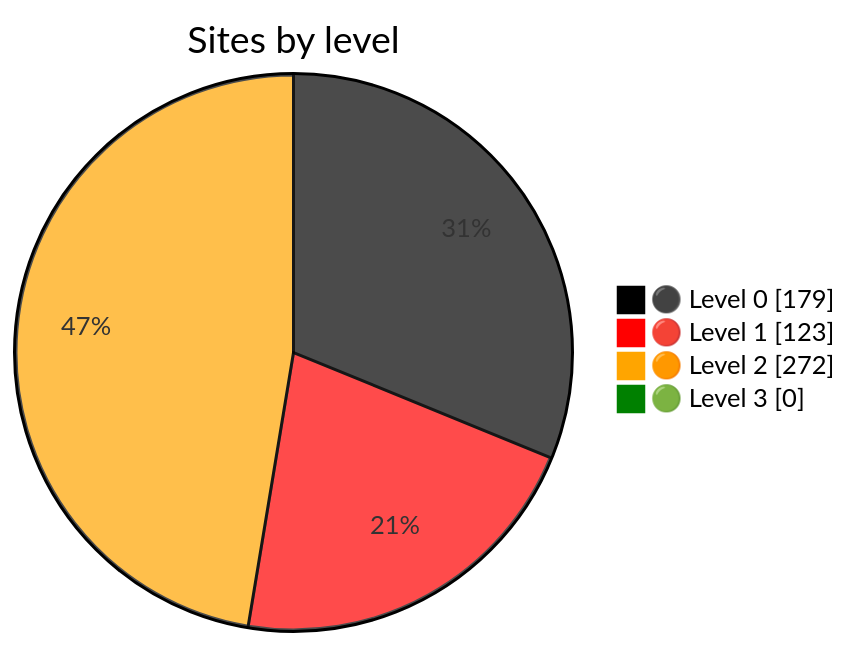
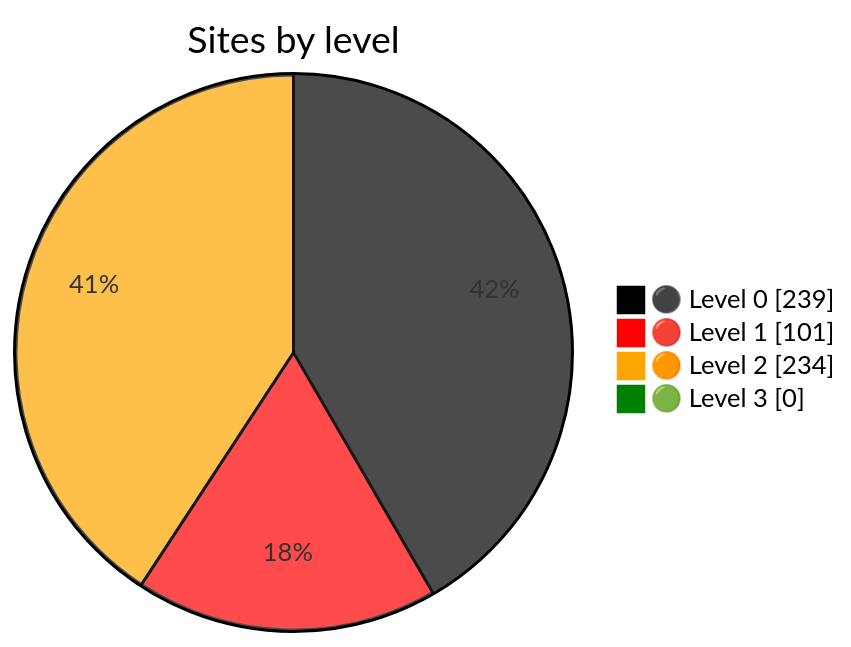
One commit to nuuuwan/gov_lk_web_auditor changed the diagram in README.md. Above: the diagram before and after it, drawn with Mermaid. The commit also changed other lines of this file and 2652 other files, not shown here.

````diff
--- a/README.md
+++ b/README.md
@@ -24,9 +24,9 @@
 ```mermaid
 %%{init: {"themeVariables":{"pie1":"black","pie2":"red","pie3":"orange","pie4":"green"}}}%%
 pie showData
     title Sites by level
-    "⚫ Level 0" : 179
-    "🔴 Level 1" : 123
-    "🟠 Level 2" : 272
+    "⚫ Level 0" : 239
+    "🔴 Level 1" : 101
+    "🟠 Level 2" : 234
     "🟢 Level 3" : 0
 ```
````
